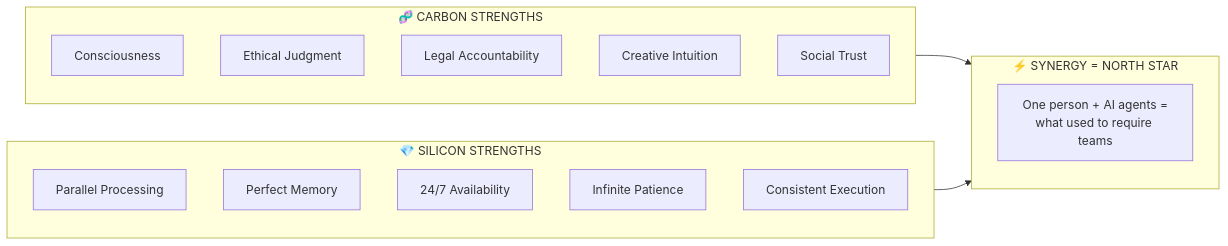
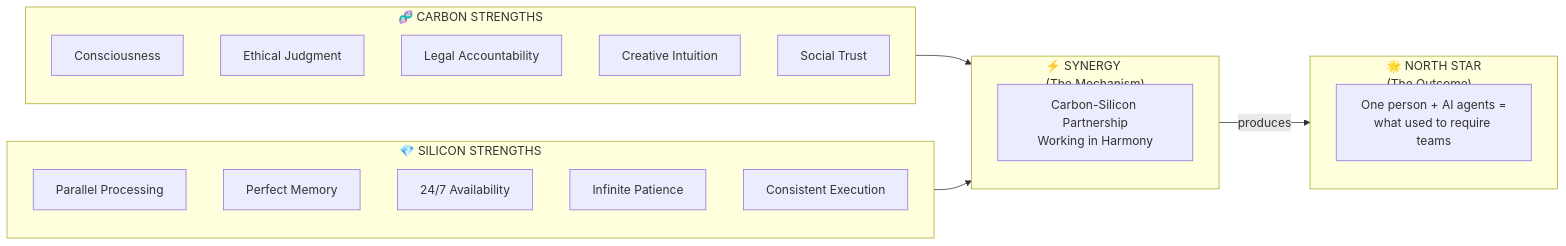
The second of 9 diagrams in docs/reference/architecture/architecture.md (El-Mountassir/website), drawn with Mermaid before and after one commit. The commit also changed 3 other files, not shown here.

First line of the commit message:
refactor(arch): distinguish Synergy from NORTH STAR

````diff
--- a/docs/reference/architecture/architecture.md
+++ b/docs/reference/architecture/architecture.md
@@ -85,25 +85,30 @@
 ```mermaid
 flowchart LR
     subgraph CarbonStrengths["🧬 CARBON STRENGTHS"]
         CS1["Consciousness"]
         CS2["Ethical Judgment"]
         CS3["Legal Accountability"]
         CS4["Creative Intuition"]
         CS5["Social Trust"]
     end
 
     subgraph SiliconStrengths["💎 SILICON STRENGTHS"]
         SS1["Parallel Processing"]
         SS2["Perfect Memory"]
         SS3["24/7 Availability"]
         SS4["Infinite Patience"]
         SS5["Consistent Execution"]
     end
 
-    subgraph Synergy["⚡ SYNERGY = NORTH STAR"]
+    subgraph Mechanism["⚡ SYNERGY<br/>(The Mechanism)"]
+        SYN["Carbon-Silicon Partnership<br/>Working in Harmony"]
+    end
+
+    subgraph Outcome["🌟 NORTH STAR<br/>(The Outcome)"]
         NS["One person + AI agents =<br/>what used to require teams"]
     end
 
-    CarbonStrengths --> Synergy
-    SiliconStrengths --> Synergy
+    CarbonStrengths --> Mechanism
+    SiliconStrengths --> Mechanism
+    Mechanism -->|"produces"| Outcome
 ```
````
